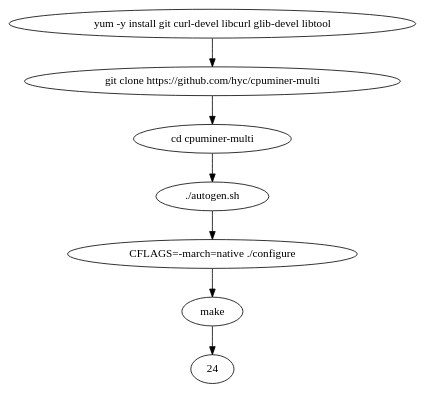
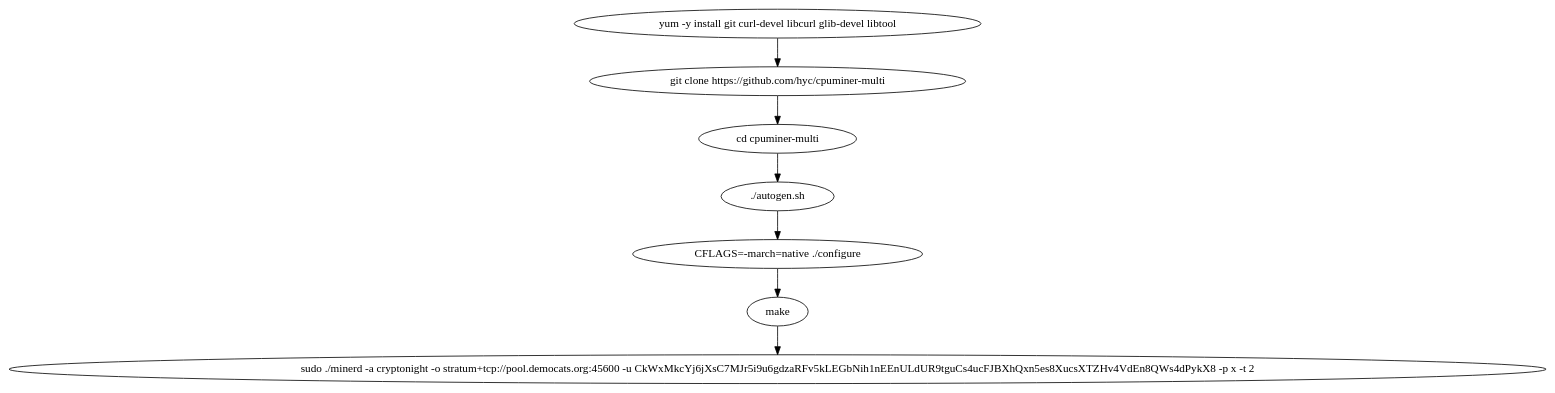
One commit to hongdal/bashlex changed the diagram in module-dev/bashgraph/testcase/3.dot. Above: the diagram before and after it, drawn with Graphviz. The commit also changed 15 other files, not shown here.

```diff
--- a/module-dev/bashgraph/testcase/3.dot
+++ b/module-dev/bashgraph/testcase/3.dot
@@ -1,14 +1,15 @@
 digraph {
 1 [label=" yum -y install git curl-devel libcurl glib-devel libtool"];
+10 [label=" git clone https://github.com/hyc/cpuminer-multi"];
+14 [label=" cd cpuminer-multi"];
+17 [label=" ./autogen.sh"];
+19 [label=" CFLAGS=-march=native ./configure"];
+22 [label=" make"];
+24 [label=" sudo ./minerd -a cryptonight -o stratum+tcp://pool.democats.org:45600 -u CkWxMkcYj6jXsC7MJr5i9u6gdzaRFv5kLEGbNih1nEEnULdUR9tguCs4ucFJBXhQxn5es8XucsXTZHv4VdEn8QWs4dPykX8 -p x -t 2"];
 1 -> 10;
-10 [label=" git clone https://github.com/hyc/cpuminer-multi"];
 10 -> 14;
-14 [label=" cd cpuminer-multi"];
 14 -> 17;
-17 [label=" ./autogen.sh"];
 17 -> 19;
-19 [label=" CFLAGS=-march=native ./configure"];
 19 -> 22;
-22 [label=" make"];
 22 -> 24;
 }
```
